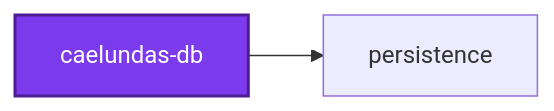
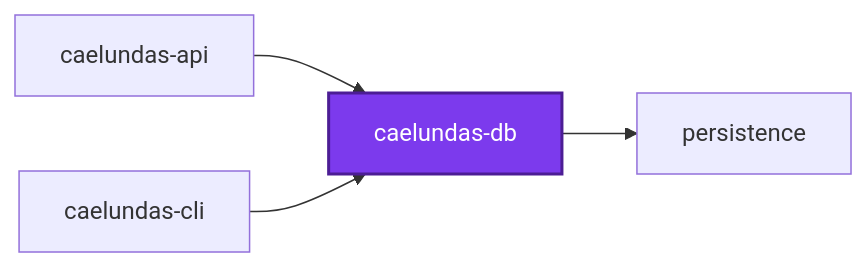
One commit to organizzolini/codebase changed the first of 3 diagrams in projects/caelundas/caelundas-db/README.md. Above: the diagram before and after it, drawn with Mermaid. The commit also changed other lines of this file and 78 other files, not shown here.

````diff
--- a/projects/caelundas/caelundas-db/README.md
+++ b/projects/caelundas/caelundas-db/README.md
@@ -163,8 +157,12 @@
 ```mermaid
 graph LR
+  caelundas_api["caelundas-api"]
+  caelundas_cli["caelundas-cli"]
   caelundas_db["caelundas-db"]
   persistence["persistence"]
+  caelundas_api --> caelundas_db
+  caelundas_cli --> caelundas_db
   caelundas_db --> persistence
   classDef subject fill:#7c3aed,color:#fff,stroke:#4c1d95,stroke-width:2px
   class caelundas_db subject
 ```
````
